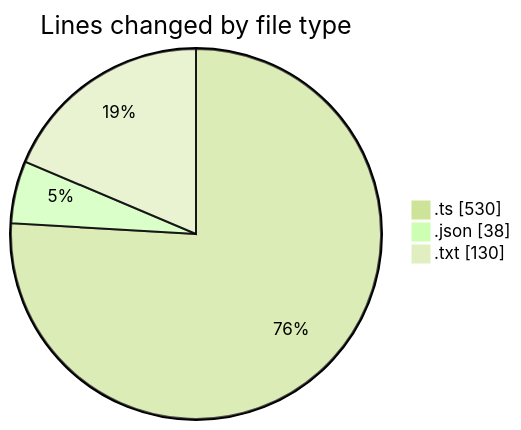
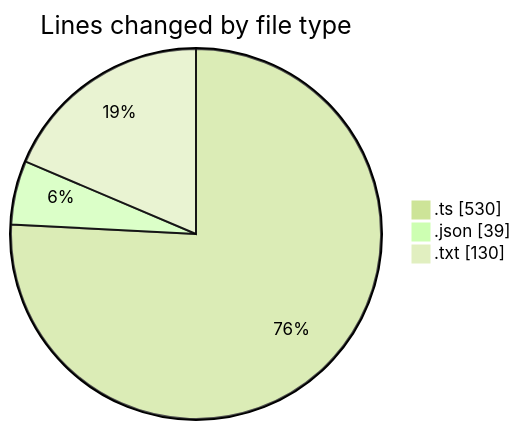
The first of 2 diagrams in 2025-07-21/vtuber/README.md (EIIisD/code-tracking), drawn with Mermaid (forest theme) before and after one commit. The commit also changed other lines of this file and 1 other file, not shown here.

````diff
--- a/2025-07-21/vtuber/README.md
+++ b/2025-07-21/vtuber/README.md
@@ -23,7 +23,7 @@
 ```mermaid
 pie showData
 title Lines changed by file type
 ".ts" : 530
-".json" : 38
+".json" : 39
 ".txt" : 130
 ```
````
